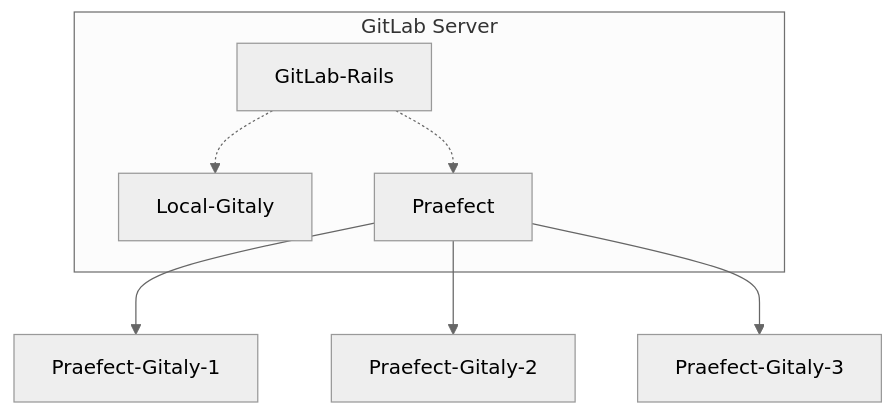
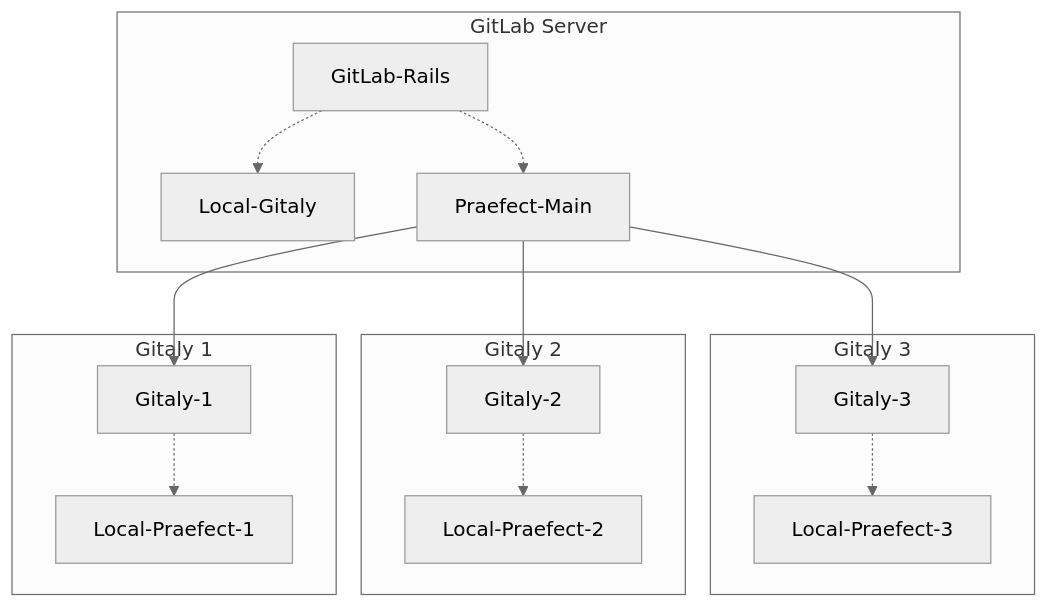
One commit to mehulagg/gitlab_test changed the diagram in doc/administration/gitaly/praefect.md. Above: the diagram before and after it, drawn with Mermaid (neutral theme). The commit also changed other lines of this file, not shown here.

Commit message:
Add details for Praefect on Gitaly host

````diff
--- a/doc/administration/gitaly/praefect.md
+++ b/doc/administration/gitaly/praefect.md
@@ -25,10 +25,19 @@
 ```mermaid
 graph TB
   subgraph "GitLab Server"
   GitLab-Rails -.-> Local-Gitaly;
-  GitLab-Rails -.-> Praefect;
+  GitLab-Rails -.-> Praefect-Main;
   end
-  Praefect --> Praefect-Gitaly-1;
-  Praefect --> Praefect-Gitaly-2;
-  Praefect --> Praefect-Gitaly-3;
+  subgraph "Gitaly 3"
+  Praefect-Main --> Gitaly-3;
+  Gitaly-3 -.-> Local-Praefect-3
+  end
+  subgraph "Gitaly 2"
+  Praefect-Main --> Gitaly-2;
+  Gitaly-2 -.-> Local-Praefect-2
+  end
+  subgraph "Gitaly 1"
+  Praefect-Main --> Gitaly-1;
+  Gitaly-1 -.-> Local-Praefect-1
+  end
 ```
````
